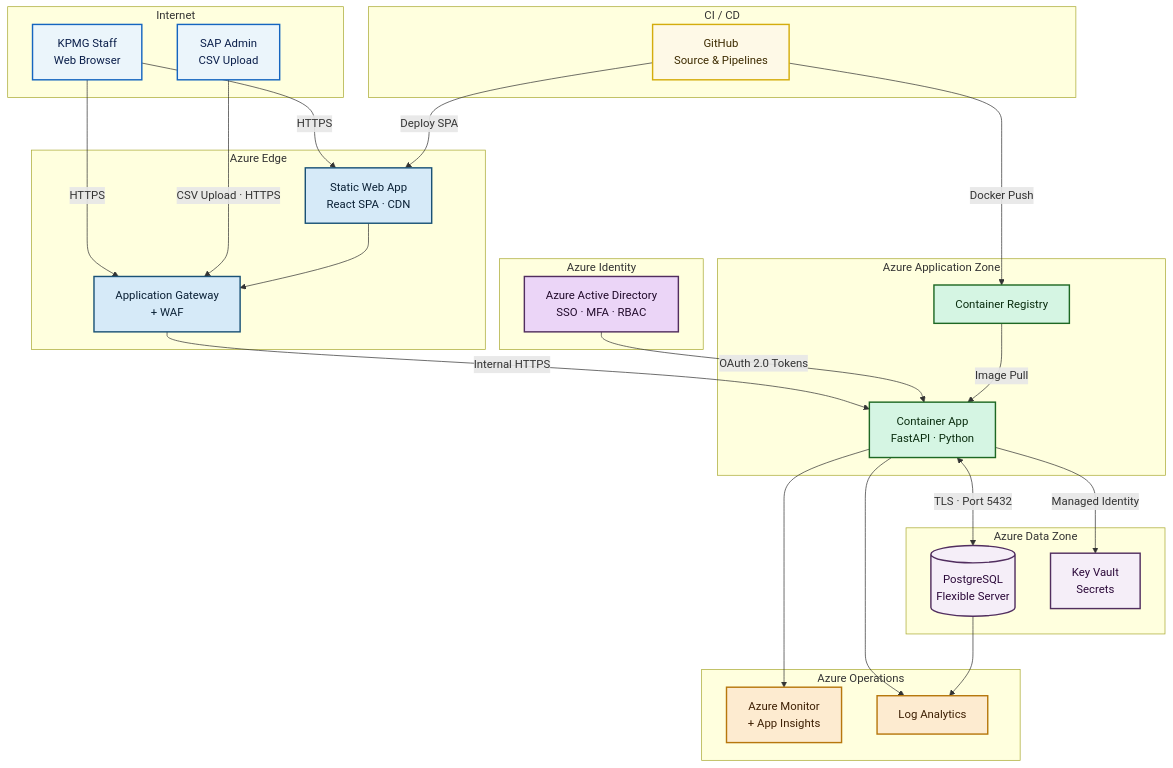
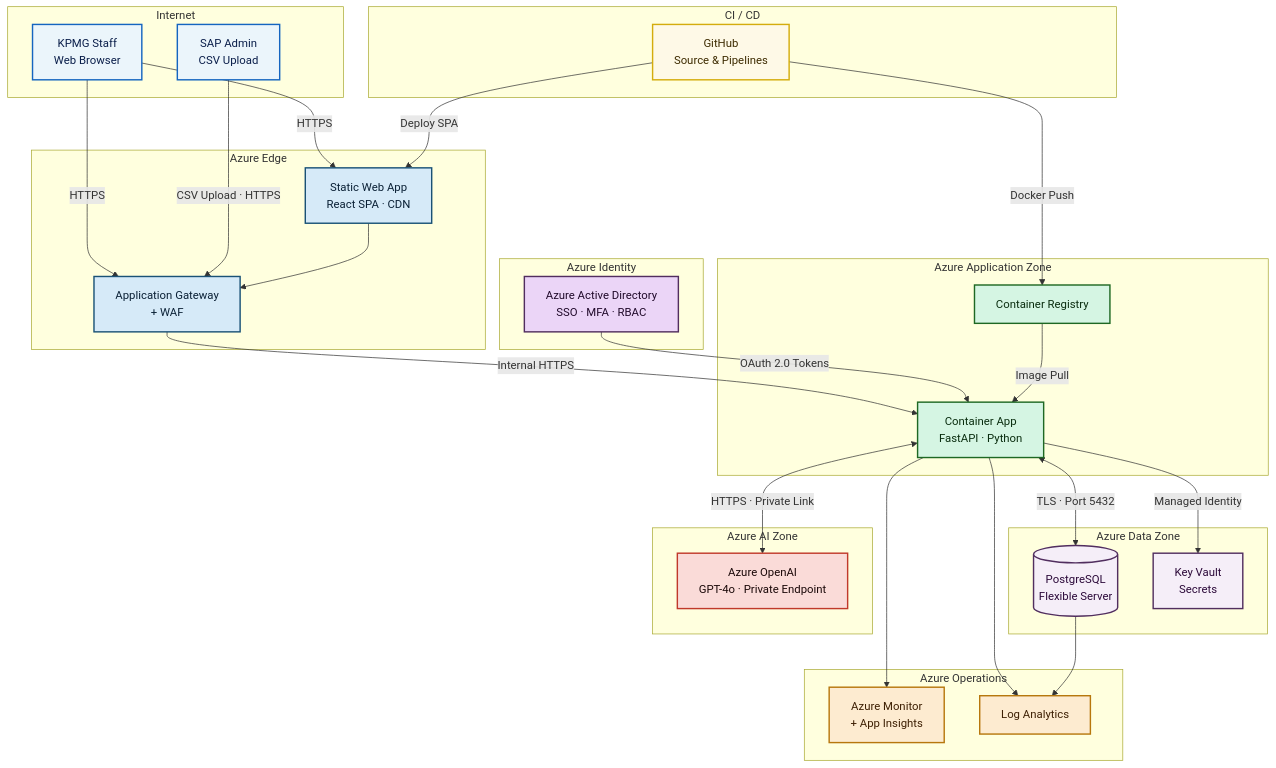
Before and after one commit to satyam-raj404/kpmg-intelliflow: the diagram in ARB/D08_TechArch_AzureDeployment.mmd, drawn with Mermaid. The commit also changed 14 other files, not shown here.

```diff
--- a/ARB/D08_TechArch_AzureDeployment.mmd
+++ b/ARB/D08_TechArch_AzureDeployment.mmd
@@ -1,65 +1,71 @@
 flowchart TD
     classDef userStyle fill:#EBF5FB,stroke:#1565C0,color:#0A1E4A,stroke-width:2px
     classDef edgeStyle fill:#D6EAF8,stroke:#1A5276,color:#0A2035,stroke-width:2px
     classDef appStyle  fill:#D5F5E3,stroke:#1E6823,color:#0A2D0F,stroke-width:2px
     classDef dataStyle fill:#F5EEF8,stroke:#512E5F,color:#2C0A3A,stroke-width:2px
     classDef idStyle   fill:#EBD5F7,stroke:#512E5F,color:#200A2A,stroke-width:2px
     classDef opsStyle  fill:#FDEBD0,stroke:#B7770D,color:#3D1F03,stroke-width:2px
     classDef ciStyle   fill:#FEF9E7,stroke:#D4AC0D,color:#3D2B00,stroke-width:2px
     classDef extStyle  fill:#FADBD8,stroke:#C0392B,color:#1A0808,stroke-width:2px
 
     subgraph INTERNET["Internet"]
         USR["KPMG Staff\nWeb Browser"]
         SAP_OP["SAP Admin\nCSV Upload"]
     end
 
     subgraph EDGE["Azure Edge"]
         CDN["Static Web App\nReact SPA · CDN"]
         AGW["Application Gateway\n+ WAF"]
     end
 
     subgraph APP_ZONE["Azure Application Zone"]
         ACA["Container App\nFastAPI · Python"]
         ACR["Container Registry"]
     end
 
     subgraph DATA_ZONE["Azure Data Zone"]
         PG[("PostgreSQL\nFlexible Server")]
         KV["Key Vault\nSecrets"]
     end
 
     subgraph IDENTITY["Azure Identity"]
         AAD["Azure Active Directory\nSSO · MFA · RBAC"]
     end
 
+    subgraph AI_ZONE["Azure AI Zone"]
+        AOAI["Azure OpenAI\nGPT-4o · Private Endpoint"]
+    end
+
     subgraph OPS["Azure Operations"]
         MON["Azure Monitor\n+ App Insights"]
         LOG["Log Analytics"]
     end
 
     subgraph CICD["CI / CD"]
         GH["GitHub\nSource & Pipelines"]
     end
 
     USR     -->|"HTTPS"| CDN
     USR     -->|"HTTPS"| AGW
     SAP_OP  -->|"CSV Upload · HTTPS"| AGW
     CDN     --> AGW
     AGW     -->|"Internal HTTPS"| ACA
     ACA     <-->|"TLS · Port 5432"| PG
     ACA     -->|"Managed Identity"| KV
+    ACA     <-->|"HTTPS · Private Link"| AOAI
     AAD     -->|"OAuth 2.0 Tokens"| ACA
     GH      -->|"Docker Push"| ACR
     GH      -->|"Deploy SPA"| CDN
     ACR     -->|"Image Pull"| ACA
     ACA     --> MON
     ACA     --> LOG
     PG      --> LOG
 
     class USR,SAP_OP userStyle
     class CDN,AGW edgeStyle
     class ACA,ACR appStyle
     class PG,KV dataStyle
     class AAD idStyle
+    class AOAI extStyle
     class MON,LOG opsStyle
     class GH ciStyle
```
